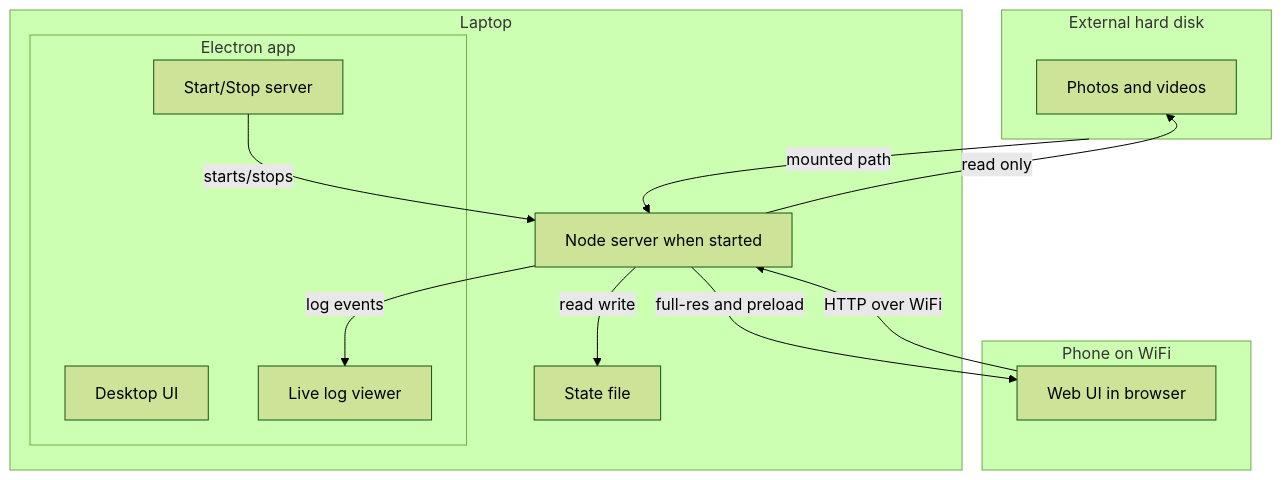
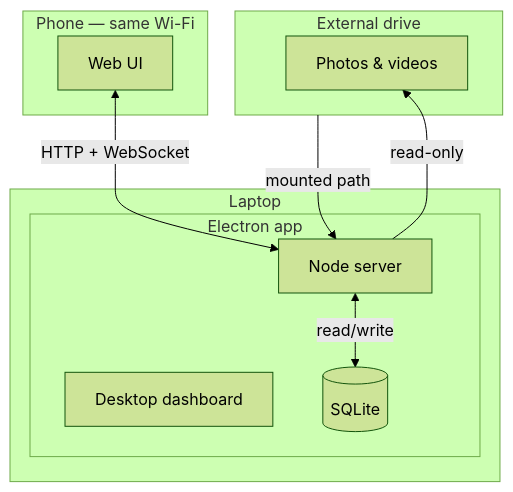
The diagram in README.md (shashank42/PicTinder), drawn with Mermaid (forest theme) before and after one commit. The commit also changed other lines of this file and 24 other files, not shown here.

````diff
--- a/README.md
+++ b/README.md
@@ -31,25 +66,20 @@
 ```mermaid
 flowchart TB
-  subgraph disk [External hard disk]
-    Media[Photos and videos]
+  subgraph disk [External drive]
+    Media[Photos & videos]
   end
   subgraph laptop [Laptop]
     subgraph electron [Electron app]
-      UI[Desktop UI]
-      Toggle[Start/Stop server]
-      Logs[Live log viewer]
+      UI[Desktop dashboard]
+      Server[Node server]
+      DB[(SQLite)]
     end
-    Server[Node server when started]
-    State[State file]
   end
-  subgraph phone [Phone on WiFi]
-    Browser[Web UI in browser]
+  subgraph phone [Phone — same Wi-Fi]
+    Browser[Web UI]
   end
   disk -->|mounted path| Server
-  Server -->|read only| Media
-  Server -->|read write| State
-  Toggle -->|starts/stops| Server
-  Server -->|log events| Logs
-  Browser -->|HTTP over WiFi| Server
-  Server -->|full-res and preload| Browser
+  Server -->|read-only| Media
+  Server <-->|read/write| DB
+  Browser <-->|HTTP + WebSocket| Server
 ```
````
